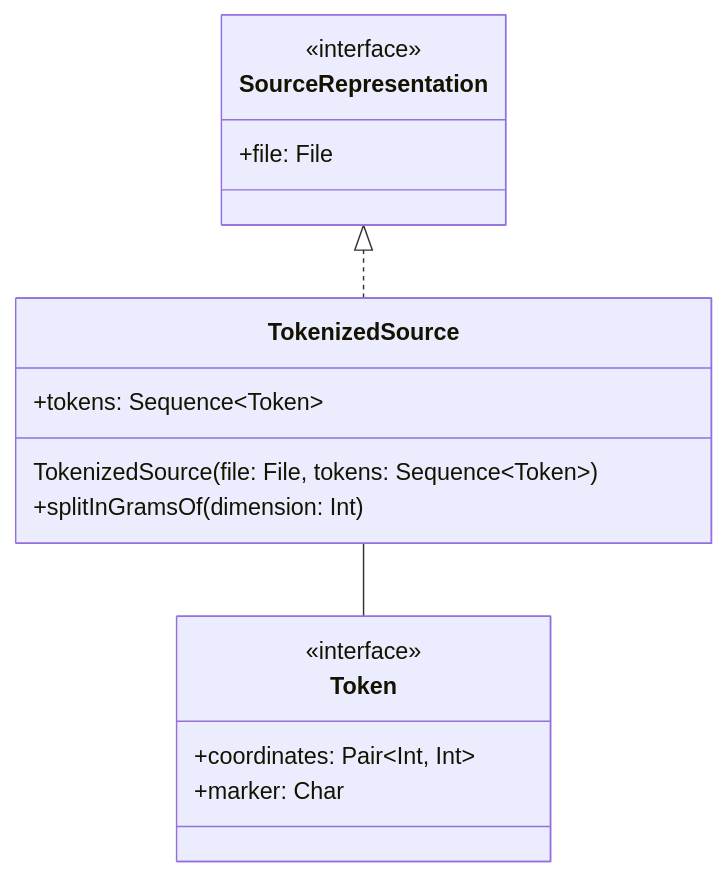
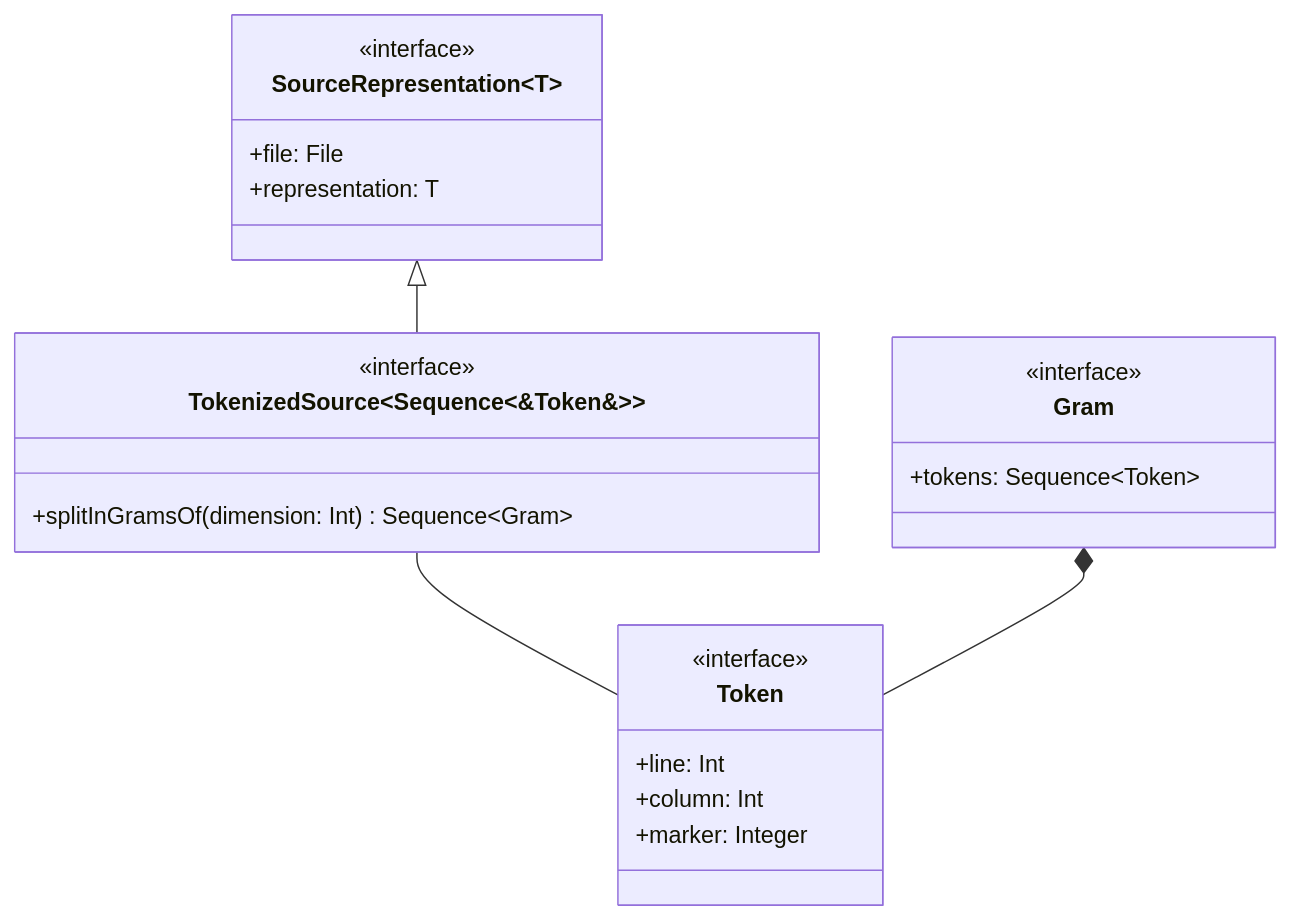
One commit to tassiLuca/code-plagiarism-detector-doc changed the ninth of 12 diagrams in doc.md. Above: the diagram before and after it, drawn with Mermaid. The commit also changed other lines of this file, not shown here.

````diff
--- a/doc.md
+++ b/doc.md
@@ -342,21 +345,28 @@
 ```mermaid
 classDiagram
     direction BT
-    class SourceRepresentation {
+    class SourceRepresentation~T~ {
         <<interface>>
         +file: File
+        +representation: T
     }
-    class TokenizedSource {
-        +tokens: Sequence~Token~
-        TokenizedSource(file: File, tokens: Sequence~Token~)
-        +splitInGramsOf(dimension: Int)
+    class TokenizedSource~Sequence<&#8203;Token&#8203;>~ {
+        <<interface>>
+        +splitInGramsOf(dimension: Int) Sequence~Gram~
     }
-    TokenizedSource ..|> SourceRepresentation
+    TokenizedSource --|> SourceRepresentation
 
     class Token {
         <<interface>>
-        +coordinates: Pair~Int, Int~
-        +marker: Char
+        +line: Int
+        +column: Int
+        +marker: Integer
     }
     Token -- TokenizedSource
+
+    class Gram {
+        <<interface>>
+        +tokens: Sequence~Token~
+    }
+    Token --* Gram
 ```
````
